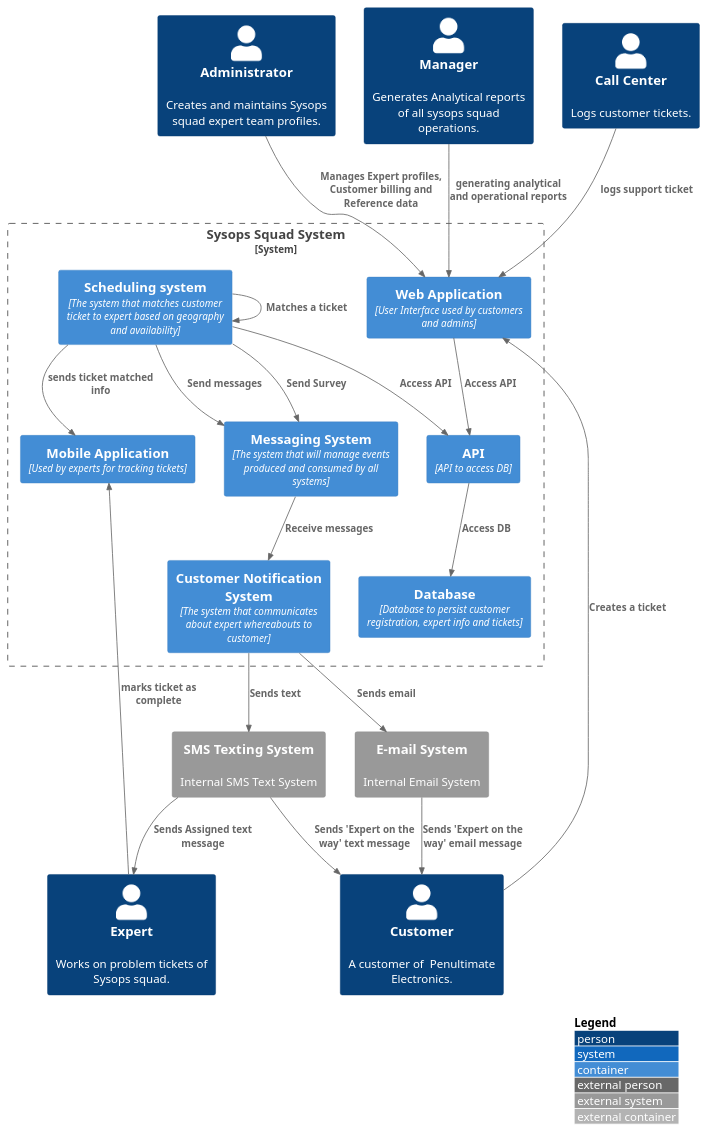
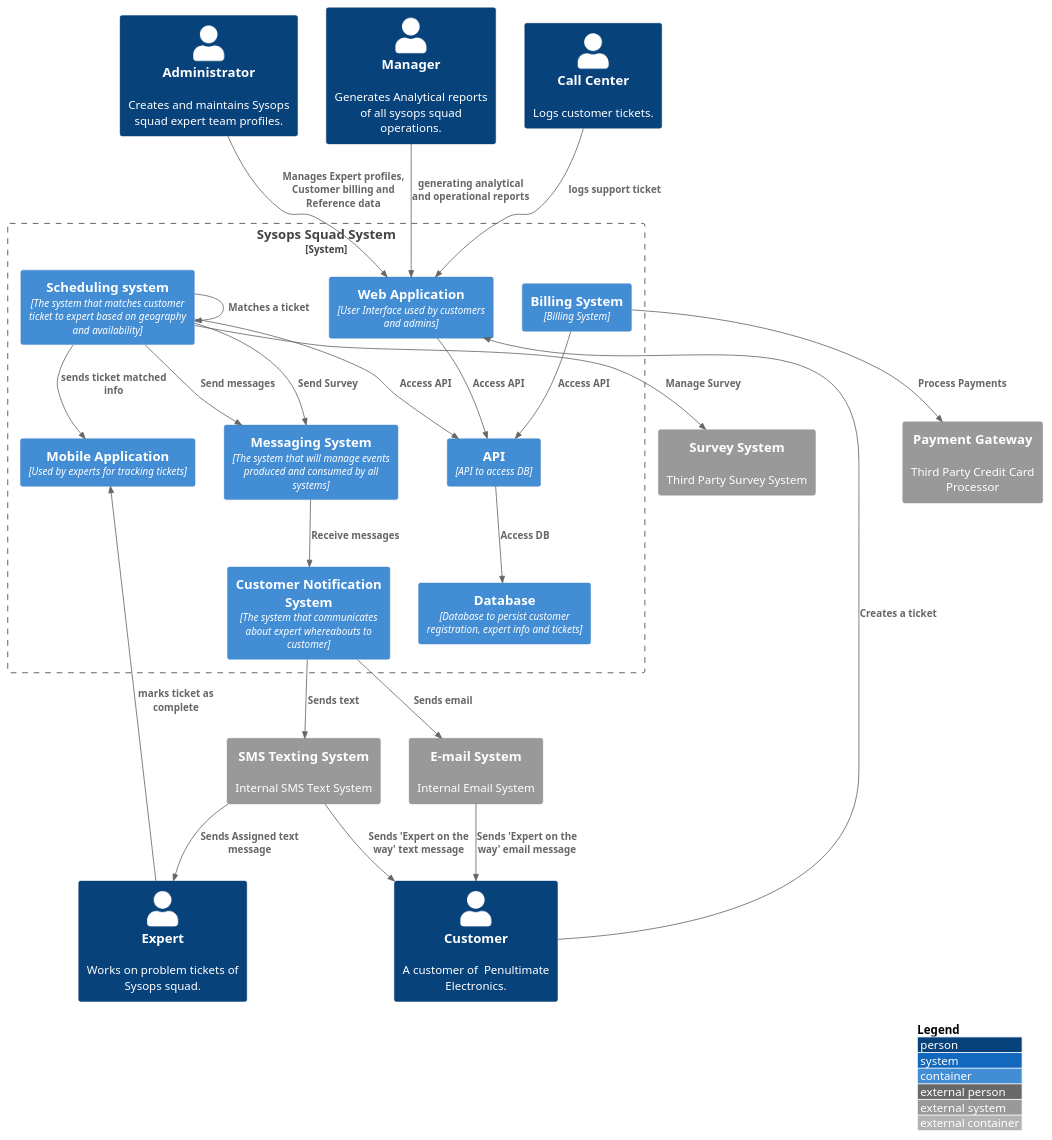
The diagram in src/1 Sysops Squad/system.puml (architectonics/sysopssquad), drawn with PlantUML before and after one commit. The commit also changed 17 other files, not shown here.

```diff
--- a/src/1 Sysops Squad/system.puml
+++ b/src/1 Sysops Squad/system.puml
@@ -1,49 +1,57 @@
 @startuml
 !include https://raw.githubusercontent.com/adrianvlupu/C4-PlantUML/latest/C4_Container.puml
 
 LAYOUT_WITH_LEGEND()
 
 Person(customer, "Customer", "A customer of  Penultimate Electronics.")
 Person(admin, "Administrator", "Creates and maintains Sysops squad expert team profiles.")
 Person(expert, "Expert", "Works on problem tickets of Sysops squad.")
 Person(manager, "Manager", "Generates Analytical reports of all sysops squad operations.")
 Person(agent, "Call Center", "Logs customer tickets.")
 
 System_Ext(es, "E-mail System", "Internal Email System")
 System_Ext(sms, "SMS Texting System", "Internal SMS Text System")
+System_Ext(cc, "Payment Gateway", "Third Party Credit Card Processor")
+System_Ext(srvy, "Survey System", "Third Party Survey System")
+
 
 System_Boundary(sys, "Sysops Squad System"){
 Container(ss, "Scheduling system", "The system that matches customer ticket to expert based on geography and availability")
 Container(ma, "Mobile Application", "Used by experts for tracking tickets")
 Container(wa, "Web Application", "User Interface used by customers and admins")
 Container(cns, "Customer Notification System", "The system that communicates about expert whereabouts to customer")
 Container(ms, "Messaging System", "The system that will manage events produced and consumed by all systems")
 Container(db, "Database", "Database to persist customer registration, expert info and tickets")
 Container(api, "API", "API to access DB")
- 
+Container(bill, "Billing System", "Billing System")
+
+
+Rel(ss, srvy, "Manage Survey")
 Rel(api, db, "Access DB")
+Rel(bill, api, "Access API")
+Rel(bill, cc, "Process Payments")
 Rel(wa, api, "Access API")
 Rel(ss, api, "Access API")
 Rel(admin, wa, "Manages Expert profiles, Customer billing and Reference data")
 Rel(customer, wa, "Creates a ticket")
 Rel(ss, ss, "Matches a ticket")
 Rel(ss, ma, "sends ticket matched info")
 Rel(expert, ma, "marks ticket as complete")
 Rel(agent, wa, "logs support ticket")
 Rel(manager, wa, "generating analytical and operational reports")
 
 Rel(ss, ms, "Send messages")
 Rel(ms, cns, "Receive messages")
 
 Rel(cns, es, "Sends email")
 Rel(cns, sms, "Sends text")
 Rel(ss, ms, "Send Survey")
 Rel(es, customer, "Sends 'Expert on the way' email message")
 Rel(sms, customer, "Sends 'Expert on the way' text message")
 Rel(sms, expert, "Sends Assigned text message")
 
 }
 
 
 
 @enduml
```
